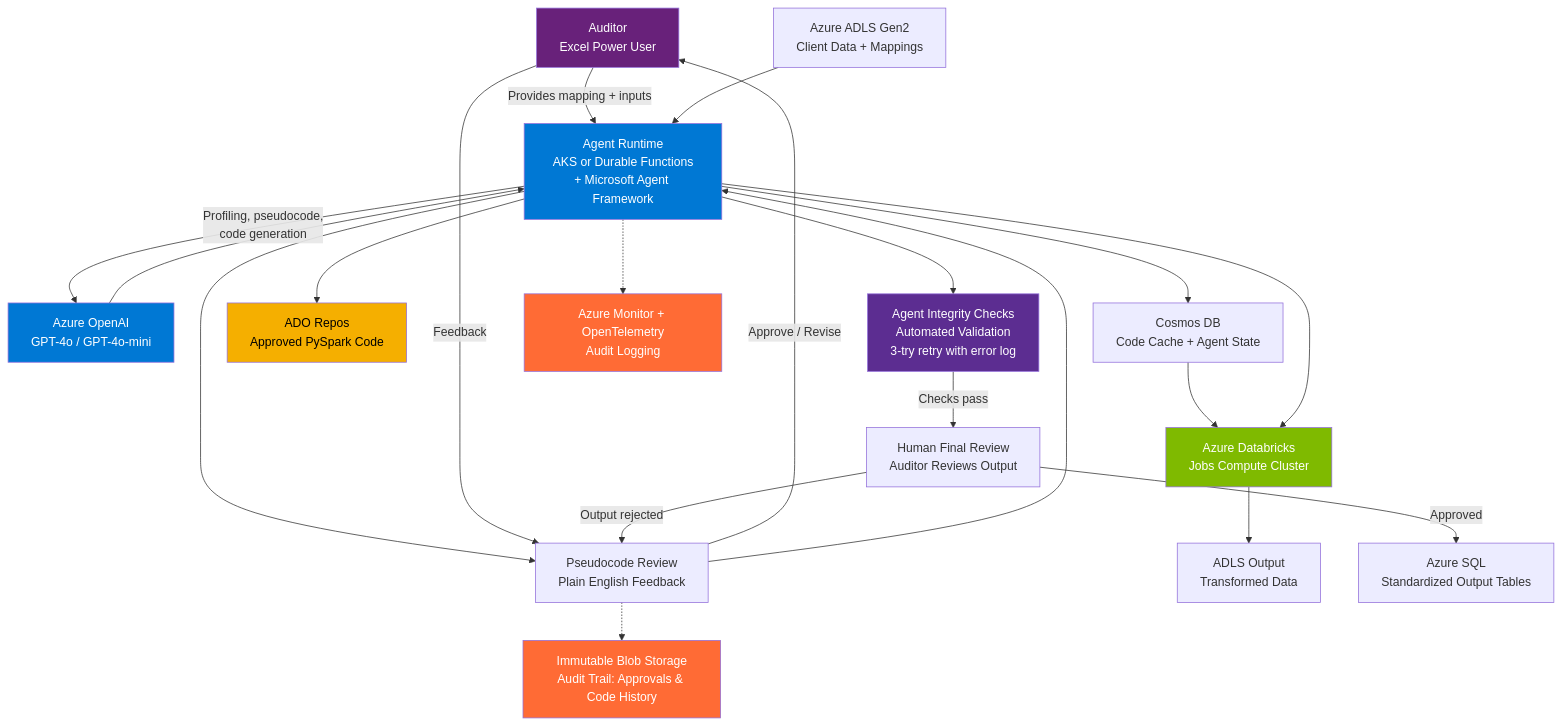
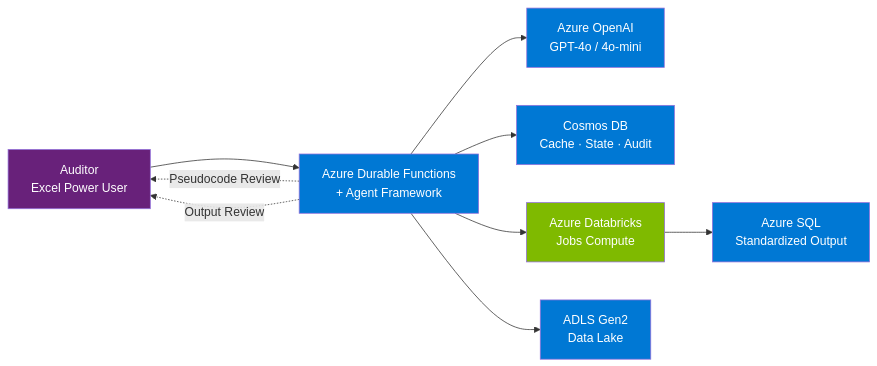
Before and after one commit to DanGiannone1/data-engineering-agent: the first of 5 diagrams in docs/design.md, drawn with Mermaid. The commit also changed other lines of this file and 3 other files, not shown here.

First line of the commit message:
Refactor design.md v3.0: lock in Durable Functions, Cosmos DB audit, 5 Mermaid diagrams, defer ADO Repos

````diff
--- a/docs/design.md
+++ b/docs/design.md
@@ -90,32 +90,19 @@
 ```mermaid
-graph TD
-    U[Auditor<br/>Excel Power User] -->|Provides mapping + inputs| B
-    A[Azure ADLS Gen2<br/>Client Data + Mappings] --> B[Agent Runtime<br/>AKS or Durable Functions<br/>+ Microsoft Agent Framework]
-    B -->|Profiling, pseudocode,<br/>code generation| L[Azure OpenAI<br/>GPT-4o / GPT-4o-mini]
-    L --> B
-    B --> C[Pseudocode Review<br/>Plain English Feedback]
-    C -->|Approve / Revise| U
-    U -->|Feedback| C
-    C --> B
-    B --> D[Cosmos DB<br/>Code Cache + Agent State]
-    B --> R[ADO Repos<br/>Approved PySpark Code]
-    D --> E[Azure Databricks<br/>Jobs Compute Cluster]
-    B --> E
-    E --> F[ADLS Output<br/>Transformed Data]
-    B --> G[Agent Integrity Checks<br/>Automated Validation<br/>3-try retry with error log]
-    G -->|Checks pass| H[Human Final Review<br/>Auditor Reviews Output]
-    H -->|Output rejected| C
-    H -->|Approved| I[Azure SQL<br/>Standardized Output Tables]
+graph LR
+    A[Auditor<br/>Excel Power User] --> B[Azure Durable Functions<br/>+ Agent Framework]
+    B --> C[Azure OpenAI<br/>GPT-4o / 4o-mini]
+    B --> D[Cosmos DB<br/>Cache · State · Audit]
+    B --> E[Azure Databricks<br/>Jobs Compute]
+    B --> F[ADLS Gen2<br/>Data Lake]
+    E --> G[Azure SQL<br/>Standardized Output]
+    B -.->|Pseudocode Review| A
+    B -.->|Output Review| A
 
-    B -.-> J[Azure Monitor + OpenTelemetry<br/>Audit Logging]
-    C -.-> K[Immutable Blob Storage<br/>Audit Trail: Approvals & Code History]
-
+    style A fill:#68217a,color:#fff
     style B fill:#0078d4,color:#fff
-    style L fill:#0078d4,color:#fff
+    style C fill:#0078d4,color:#fff
+    style D fill:#0078d4,color:#fff
     style E fill:#7fba00,color:#fff
-    style G fill:#5c2d91,color:#fff
-    style J fill:#ff6b35,color:#fff
-    style K fill:#ff6b35,color:#fff
-    style U fill:#68217a,color:#fff
-    style R fill:#f5af00,color:#000
+    style F fill:#0078d4,color:#fff
+    style G fill:#0078d4,color:#fff
 ```
````
